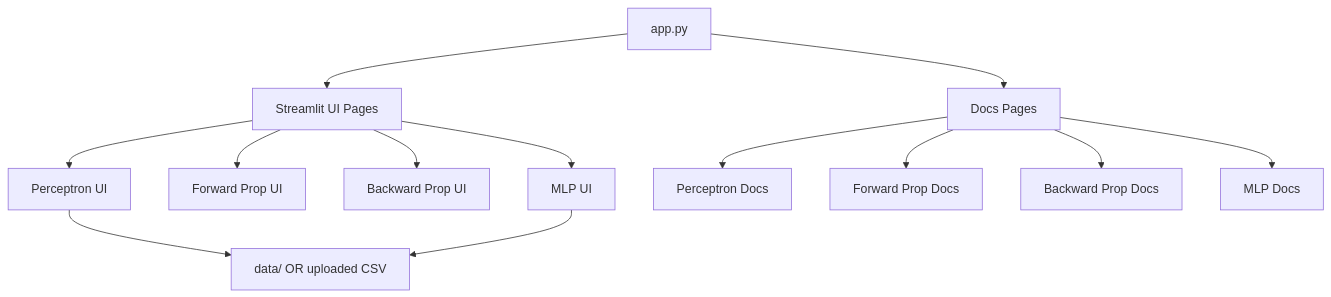
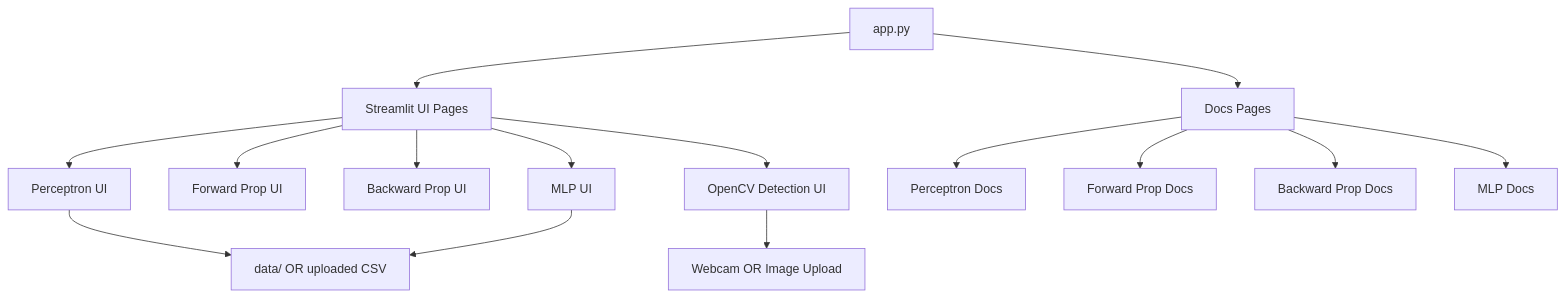
Before and after one commit to Prateekkp/nn_toolbox: the first of 2 diagrams in README.md, drawn with Mermaid. The commit also changed other lines of this file, not shown here.

````diff
--- a/README.md
+++ b/README.md
@@ -51,15 +57,17 @@
 ```mermaid
 flowchart TB
     A[app.py] --> B[Streamlit UI Pages]
     B --> C[Perceptron UI]
     B --> D[Forward Prop UI]
     B --> E[Backward Prop UI]
     B --> F[MLP UI]
-    A --> G[Docs Pages]
-    G --> H[Perceptron Docs]
-    G --> I[Forward Prop Docs]
-    G --> J[Backward Prop Docs]
-    G --> K[MLP Docs]
-    C --> L[data/ OR uploaded CSV]
-    F --> L
+    B --> G[OpenCV Detection UI]
+    A --> H[Docs Pages]
+    H --> I[Perceptron Docs]
+    H --> J[Forward Prop Docs]
+    H --> K[Backward Prop Docs]
+    H --> L[MLP Docs]
+    C --> M[data/ OR uploaded CSV]
+    F --> M
+    G --> N[Webcam OR Image Upload]
 ```
````
